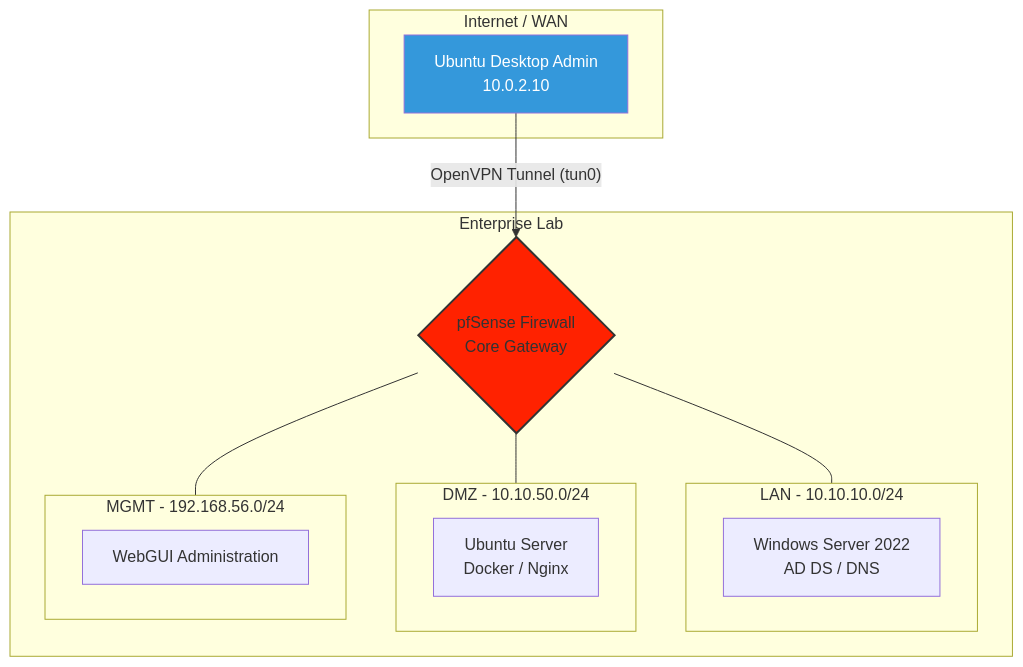
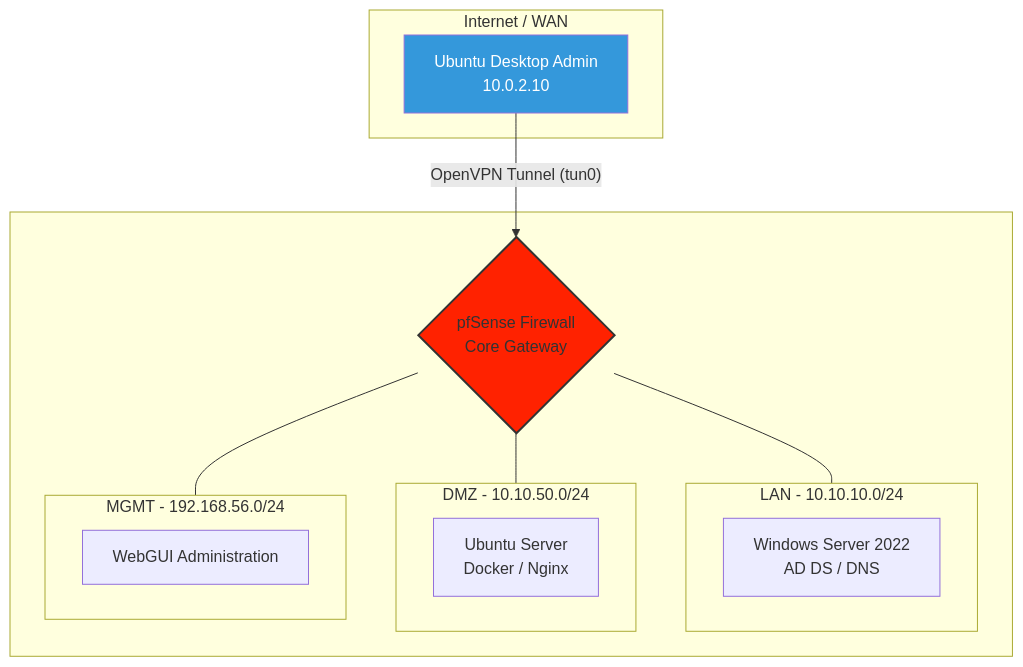
One commit to Comas22/pfsense-enterprise-lab changed the diagram in README.md. Above: the diagram before and after it, drawn with Mermaid.

Commit message:
Diagram Change

````diff
--- a/README.md
+++ b/README.md
@@ -8,32 +8,32 @@
 ```mermaid
 graph TD
     subgraph External_Network [Internet / WAN]
         UD[Ubuntu Desktop Admin <br/> 10.0.2.10]
     end
 
     UD -- "OpenVPN Tunnel (tun0)" --> PF
 
-    subgraph Infrastructure [Enterprise Lab]
+    subgraph Infrastructure [ ]
         PF{pfSense Firewall <br/> Core Gateway}
         
         subgraph LAN_Zone [LAN - 10.10.10.0/24]
             WS[Windows Server 2022 <br/> AD DS / DNS]
         end
 
         subgraph DMZ_Zone [DMZ - 10.10.50.0/24]
             US[Ubuntu Server <br/> Docker / Nginx]
         end
 
         subgraph MGMT_Zone [MGMT - 192.168.56.0/24]
             GUI[WebGUI Administration]
         end
 
         PF --- LAN_Zone
         PF --- DMZ_Zone
         PF --- MGMT_Zone
     end
 
     style PF fill:#f20,stroke:#333,stroke-width:2px
     style UD fill:#3498db,color:#fff
     style MGMT_Zone fill:color:#fff
 ```
````
